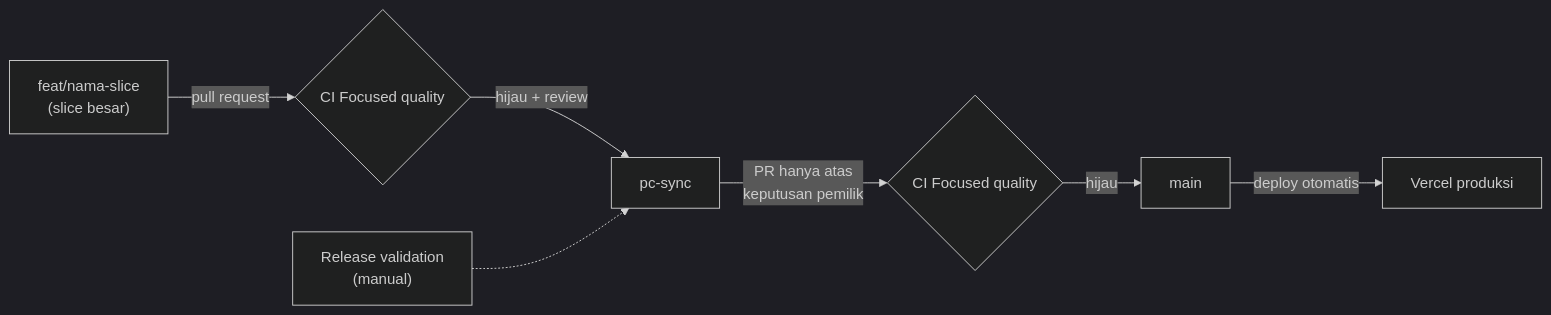
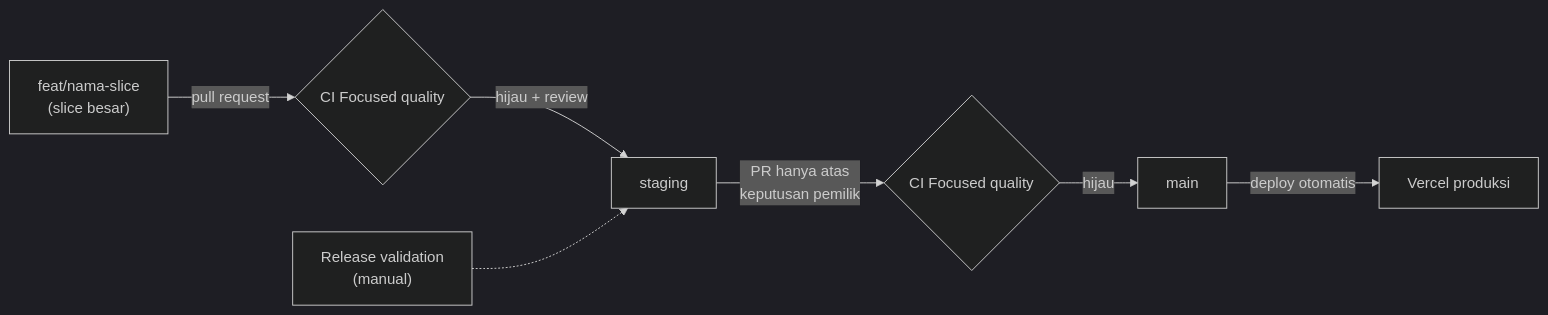
Before and after one commit to natannielz/Capstone: the seventh of 7 diagrams in README.md, drawn with Mermaid (dark theme). The commit also changed other lines of this file and 3 other files, not shown here.

Commit message:
Rename the integration branch pc-sync to staging

````diff
--- a/README.md
+++ b/README.md
@@ -199,9 +199,9 @@
 ```mermaid
 flowchart LR
     f["feat/nama-slice<br/>(slice besar)"] -- "pull request" --> ci1{"CI Focused quality"}
-    ci1 -- "hijau + review" --> pc["pc-sync"]
+    ci1 -- "hijau + review" --> pc["staging"]
     pc -- "PR hanya atas<br/>keputusan pemilik" --> ci2{"CI Focused quality"}
     ci2 -- "hijau" --> m["main"]
     m -- "deploy otomatis" --> v["Vercel produksi"]
     rv["Release validation<br/>(manual)"] -.-> pc
 ```
````
